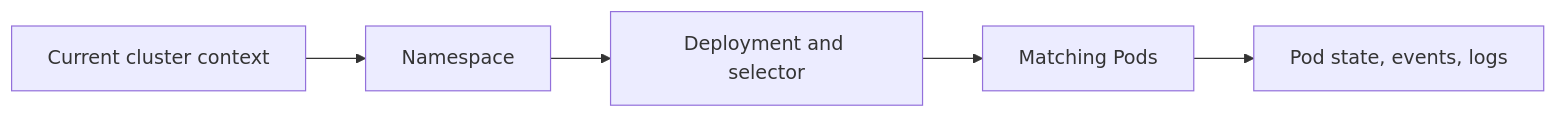
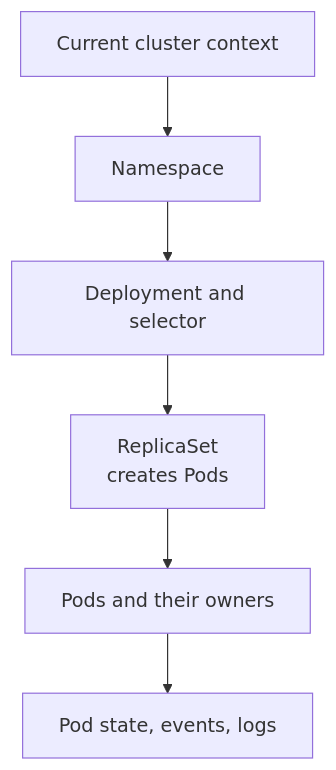
Before and after one commit to David-A18/MY-humble-knowledge-for-everyone: the diagram in knowledge/kubernetes/commands/kubectl-basics.md, drawn with Mermaid. The commit also changed other lines of this file and 6 other files, not shown here.

````diff
--- a/knowledge/kubernetes/commands/kubectl-basics.md
+++ b/knowledge/kubernetes/commands/kubectl-basics.md
@@ -49,7 +65,8 @@
 ```mermaid
-flowchart LR
+flowchart TB
   context["Current cluster context"] --> namespace["Namespace"]
   namespace --> deployment["Deployment and selector"]
-  deployment --> pods["Matching Pods"]
+  deployment --> replicaSet["ReplicaSet<br/>creates Pods"]
+  replicaSet --> pods["Pods and their owners"]
   pods --> evidence["Pod state, events, logs"]
 ```
````
